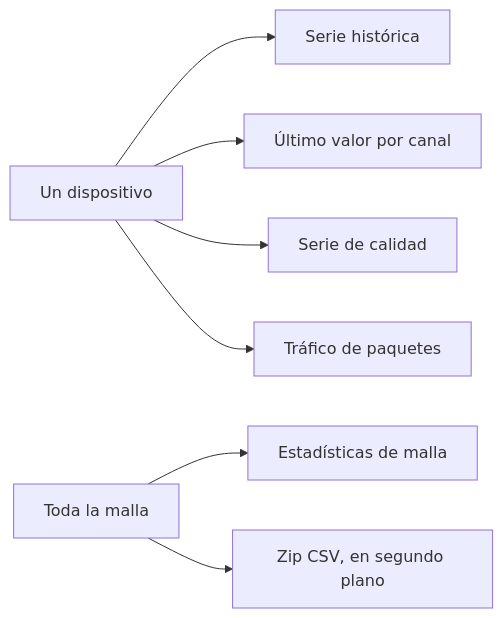
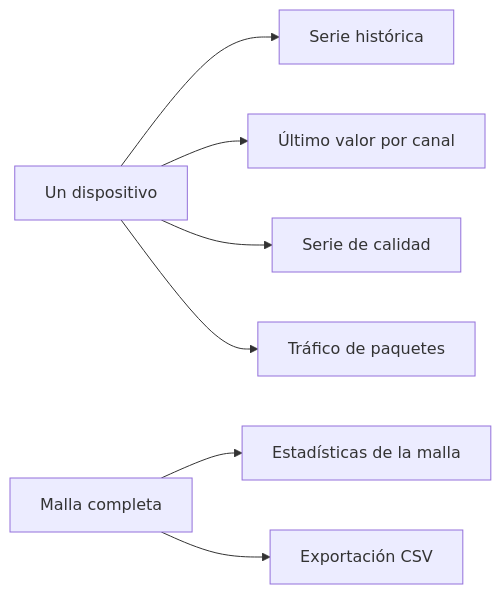
One commit to sensical-coop/mesh-things-apps changed the diagram in apps/web/content/docs/es/readings.mdx. Above: the diagram before and after it, drawn with Mermaid. The commit also changed other lines of this file and 27 other files, not shown here.

````diff
--- a/apps/web/content/docs/es/readings.mdx
+++ b/apps/web/content/docs/es/readings.mdx
@@ -10,9 +10,9 @@
 ```mermaid
 flowchart LR
   device["Un dispositivo"] --> series["Serie histórica"]
   device --> latest["Último valor por canal"]
   device --> quality["Serie de calidad"]
   device --> traffic["Tráfico de paquetes"]
-  mesh["Toda la malla"] --> stats["Estadísticas de malla"]
-  mesh --> csv["Zip CSV, en segundo plano"]
+  mesh["Malla completa"] --> stats["Estadísticas de la malla"]
+  mesh --> csv["Exportación CSV"]
 ```
````
